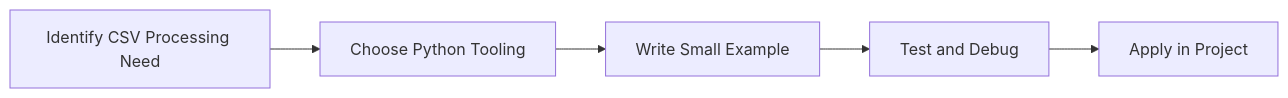
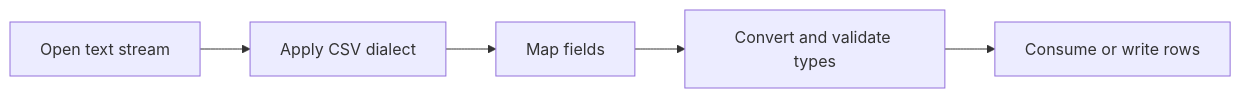
Before and after one commit to SYMOIZ/E-Learning-Portal: the diagram in Python-Mastery/Intermediate/16-csv-processing.md, drawn with Mermaid. The commit also changed other lines of this file and 116 other files, not shown here.

````diff
--- a/Python-Mastery/Intermediate/16-csv-processing.md
+++ b/Python-Mastery/Intermediate/16-csv-processing.md
@@ -142,7 +157,7 @@
 ```mermaid
 flowchart LR
-    A[Identify CSV Processing Need] --> B[Choose Python Tooling]
-    B --> C[Write Small Example]
-    C --> D[Test and Debug]
-    D --> E[Apply in Project]
+    A[Open text stream] --> B[Apply CSV dialect]
+    B --> C[Map fields]
+    C --> D[Convert and validate types]
+    D --> E[Consume or write rows]
 ```
````
